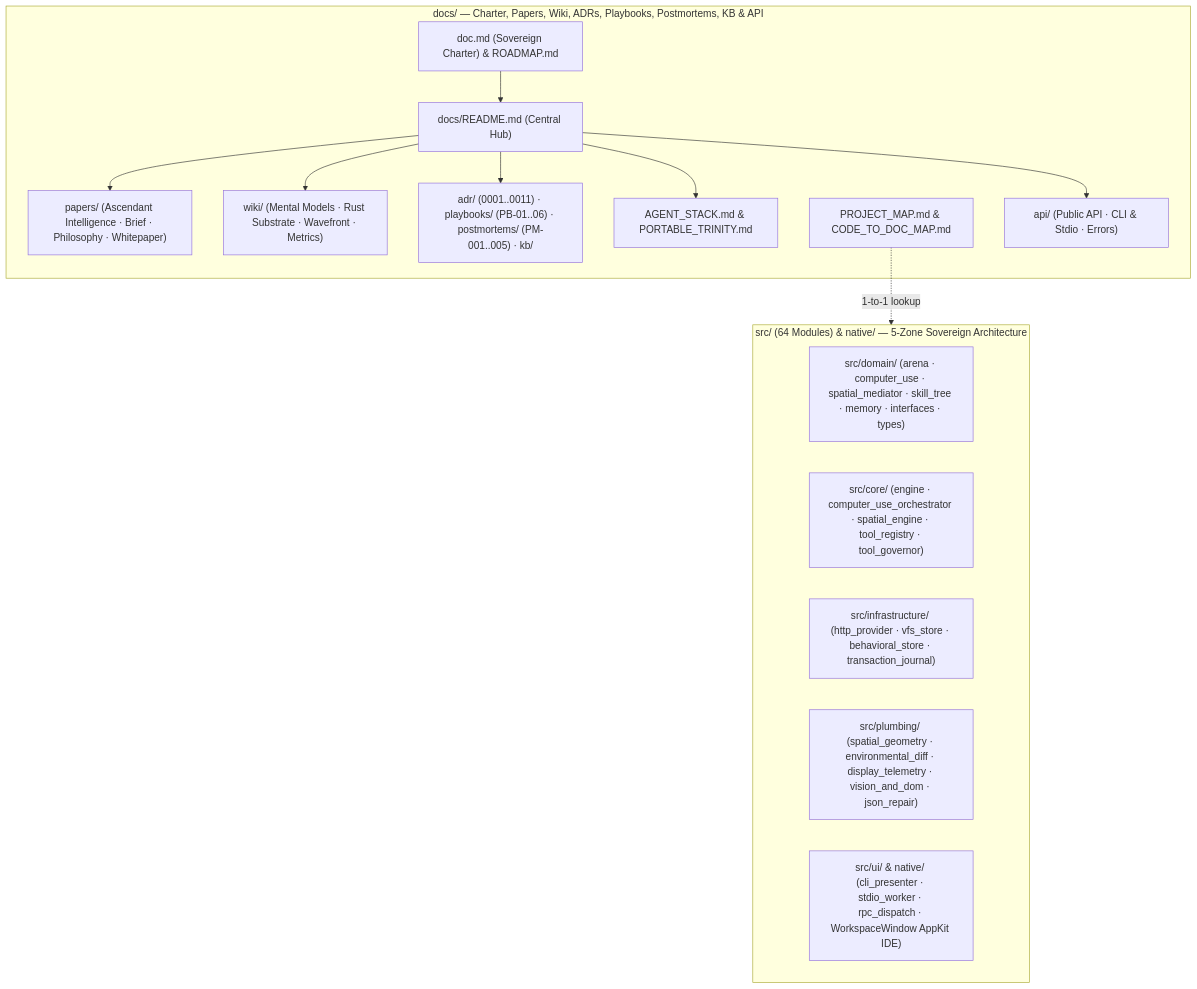
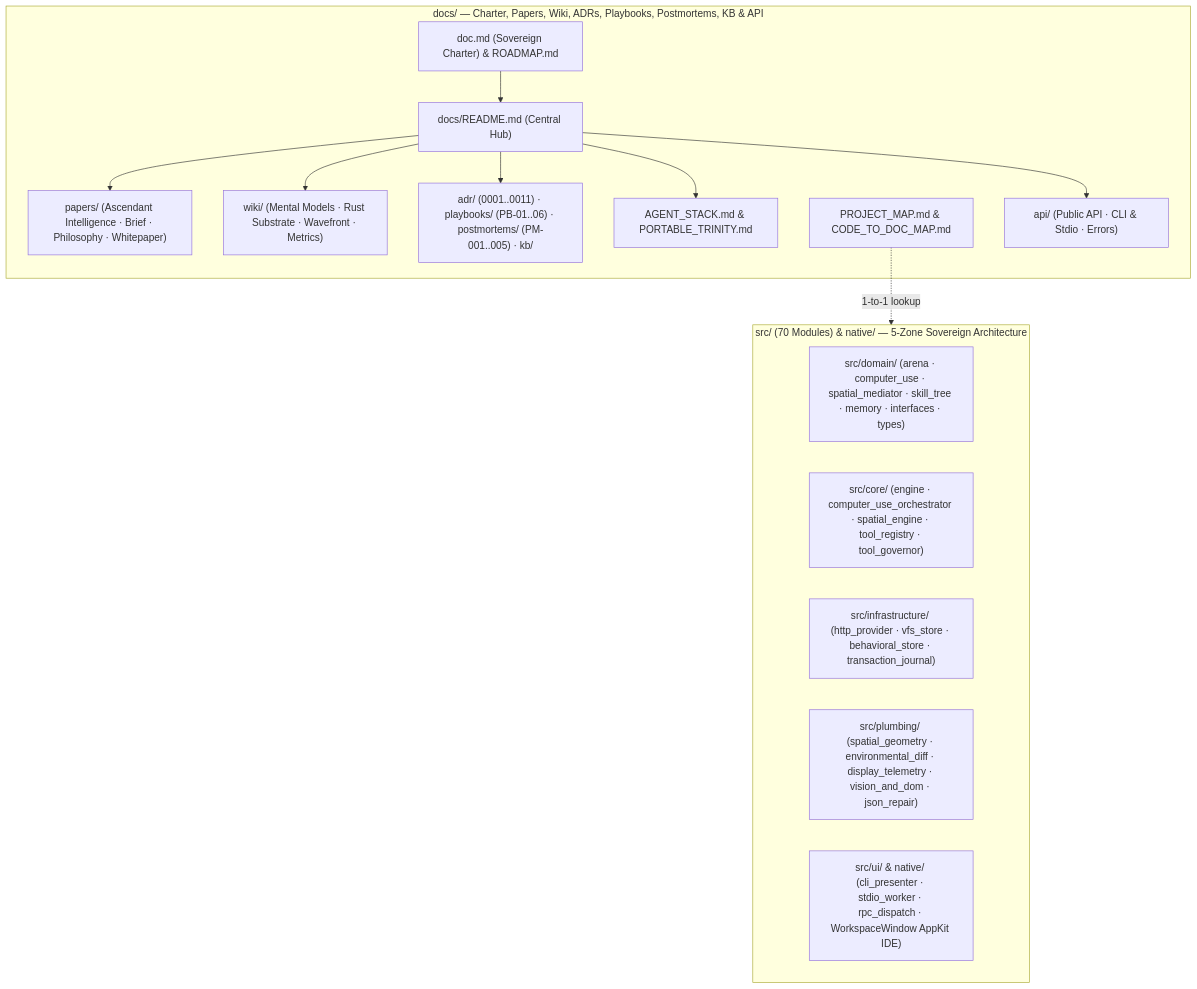
Before and after one commit to CardSorting/HEAV3NS-MICRO: the diagram in docs/README.md, drawn with Mermaid. The commit also changed other lines of this file and 24 other files, not shown here.

Commit message:
docs(architecture): complete documentation sync for Zenith pass (ADR-0012, ADR-0013, 70 modules, 66 Rust / 315 Swift tests, context HUD)

````diff
--- a/docs/README.md
+++ b/docs/README.md
@@ -107,27 +107,27 @@
 ```mermaid
 flowchart TB
   subgraph docs ["docs/ — Charter, Papers, Wiki, ADRs, Playbooks, Postmortems, KB & API"]
     CHARTER["doc.md (Sovereign Charter) & ROADMAP.md"]
     README["docs/README.md (Central Hub)"]
     PAP["papers/ (Ascendant Intelligence · Brief · Philosophy · Whitepaper)"]
     WIKI["wiki/ (Mental Models · Rust Substrate · Wavefront · Metrics)"]
     MEM["adr/ (0001..0011) · playbooks/ (PB-01..06) · postmortems/ (PM-001..005) · kb/"]
     STACK["AGENT_STACK.md & PORTABLE_TRINITY.md"]
     MAP["PROJECT_MAP.md & CODE_TO_DOC_MAP.md"]
     API["api/ (Public API · CLI & Stdio · Errors)"]
   end
-  subgraph code ["src/ (64 Modules) & native/ — 5-Zone Sovereign Architecture"]
+  subgraph code ["src/ (70 Modules) & native/ — 5-Zone Sovereign Architecture"]
     DOM["src/domain/ (arena · computer_use · spatial_mediator · skill_tree · memory · interfaces · types)"]
     CORE["src/core/ (engine · computer_use_orchestrator · spatial_engine · tool_registry · tool_governor)"]
     INFRA["src/infrastructure/ (http_provider · vfs_store · behavioral_store · transaction_journal)"]
     PLUMB["src/plumbing/ (spatial_geometry · environmental_diff · display_telemetry · vision_and_dom · json_repair)"]
     UI["src/ui/ & native/ (cli_presenter · stdio_worker · rpc_dispatch · WorkspaceWindow AppKit IDE)"]
   end
   CHARTER --> README
   README --> PAP
   README --> WIKI
   README --> MEM
   README --> STACK
   README --> API
   MAP -.->|1-to-1 lookup| code
 ```
````
